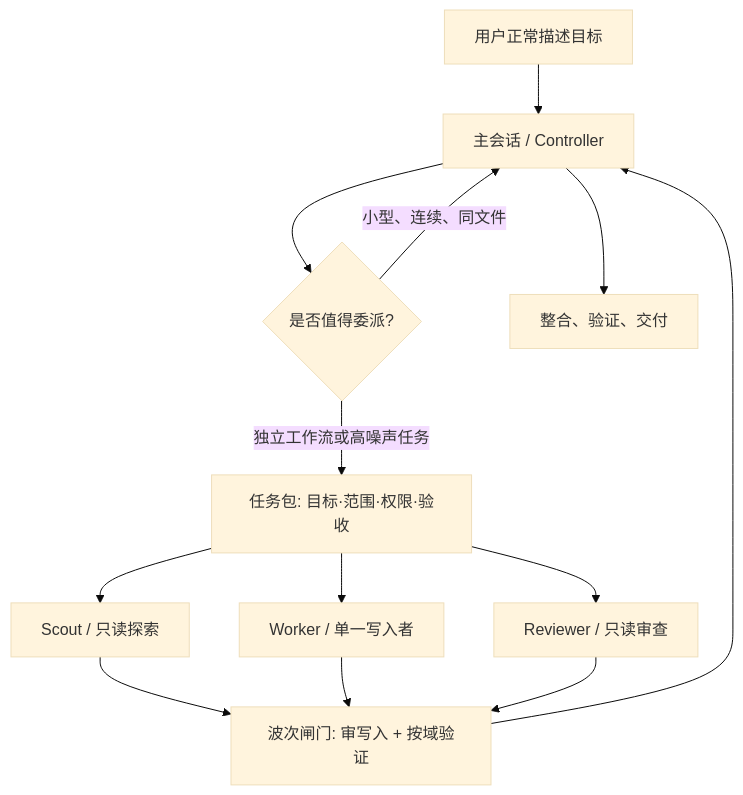
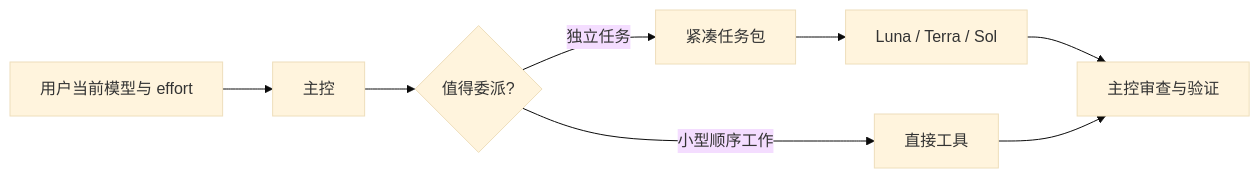
Before and after one commit to SanStone3/agent-strata: the diagram in README.md, drawn with Mermaid (base theme). The commit also changed other lines of this file and 24 other files, not shown here.

````diff
--- a/README.md
+++ b/README.md
@@ -20,15 +35,10 @@
 ```mermaid
-flowchart TB
-    U[用户正常描述目标] --> C[主会话 / Controller]
-    C --> D{是否值得委派?}
-    D -->|小型、连续、同文件| C
-    D -->|独立工作流或高噪声任务| P[任务包: 目标·范围·权限·验收]
-    P --> S[Scout / 只读探索]
-    P --> W[Worker / 单一写入者]
-    P --> R[Reviewer / 只读审查]
-    S --> G[波次闸门: 审写入 + 按域验证]
-    W --> G
-    R --> G
-    G --> C
-    C --> V[整合、验证、交付]
+flowchart LR
+    U[用户当前模型与 effort] --> C[主控]
+    C --> D{值得委派?}
+    D -->|小型顺序工作| T[直接工具]
+    D -->|独立任务| P[紧凑任务包]
+    P --> A[Luna / Terra / Sol]
+    A --> V[主控审查与验证]
+    T --> V
 ```
````
